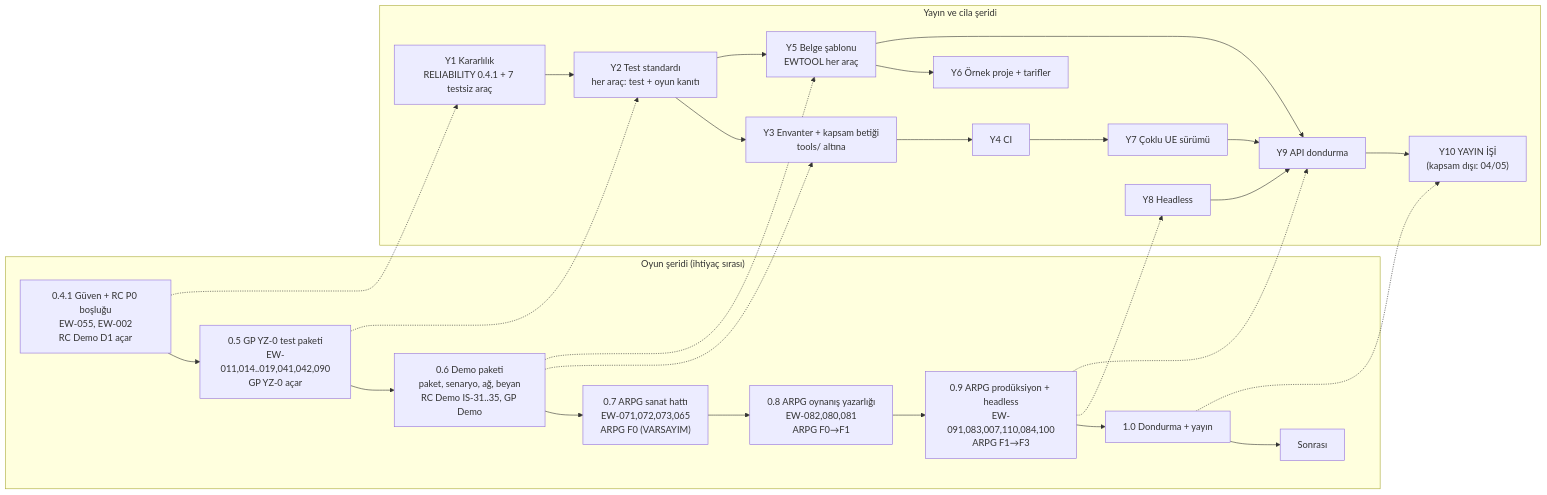
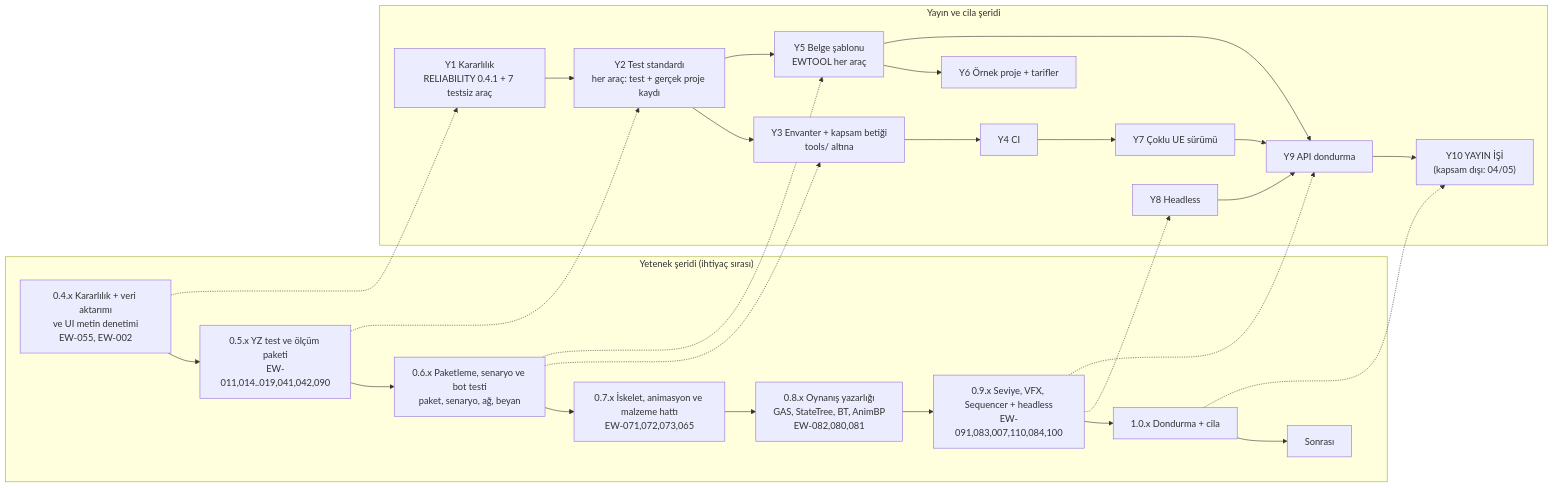
One commit to shanyup/enginewright-unreal-mcp changed the diagram in docs/plan_2026-11/research/tpl_08.md. Above: the diagram before and after it, drawn with Mermaid. The commit also changed other lines of this file and 2 other files, not shown here.

Commit message:
docs(plan_2026-11): 08 yol haritası genel yetenek adlarıyla (seri başlıkları, hedef satırları, şema; kabul genel test projesi + oyun doğrulaması (iç) sütunu; S2-05/S2-06 kapandı notu)

````diff
--- a/docs/plan_2026-11/research/tpl_08.md
+++ b/docs/plan_2026-11/research/tpl_08.md
@@ -17,39 +20,39 @@
 ```mermaid
 flowchart LR
-  subgraph OYUN["Oyun şeridi (ihtiyaç sırası)"]
-    V041["0.4.1 Güven + RC P0 boşluğu<br/>EW-055, EW-002<br/>RC Demo D1 açar"]
-    V05["0.5 GP YZ-0 test paketi<br/>EW-011,014..019,041,042,090<br/>GP YZ-0 açar"]
-    V06["0.6 Demo paketi<br/>paket, senaryo, ağ, beyan<br/>RC Demo IS-31..35, GP Demo"]
-    V07["0.7 ARPG sanat hattı<br/>EW-071,072,073,065<br/>ARPG F0 (VARSAYIM)"]
-    V08["0.8 ARPG oynanış yazarlığı<br/>EW-082,080,081<br/>ARPG F0→F1"]
-    V09["0.9 ARPG prodüksiyon + headless<br/>EW-091,083,007,110,084,100<br/>ARPG F1→F3"]
-    V10["1.0 Dondurma + yayın"]
+  subgraph OYUN["Yetenek şeridi (ihtiyaç sırası)"]
+    V041["0.4.x Kararlılık + veri aktarımı<br/>ve UI metin denetimi<br/>EW-055, EW-002"]
+    V05["0.5.x YZ test ve ölçüm paketi<br/>EW-011,014..019,041,042,090"]
+    V06["0.6.x Paketleme, senaryo ve bot testi<br/>paket, senaryo, ağ, beyan"]
+    V07["0.7.x İskelet, animasyon ve malzeme hattı<br/>EW-071,072,073,065"]
+    V08["0.8.x Oynanış yazarlığı<br/>GAS, StateTree, BT, AnimBP<br/>EW-082,080,081"]
+    V09["0.9.x Seviye, VFX, Sequencer + headless<br/>EW-091,083,007,110,084,100"]
+    V10["1.0.x Dondurma + cila"]
     SON["Sonrası"]
     V041 --> V05 --> V06 --> V07 --> V08 --> V09 --> V10 --> SON
   end
   subgraph CILA["Yayın ve cila şeridi"]
     Y1["Y1 Kararlılık<br/>RELIABILITY 0.4.1 + 7 testsiz araç"]
-    Y2["Y2 Test standardı<br/>her araç: test + oyun kanıtı"]
+    Y2["Y2 Test standardı<br/>her araç: test + gerçek proje kaydı"]
     Y3["Y3 Envanter + kapsam betiği<br/>tools/ altına"]
     Y4["Y4 CI"]
     Y5["Y5 Belge şablonu<br/>EWTOOL her araç"]
     Y6["Y6 Örnek proje + tarifler"]
     Y7["Y7 Çoklu UE sürümü"]
     Y8["Y8 Headless"]
     Y9["Y9 API dondurma"]
     Y10["Y10 YAYIN İŞİ<br/>(kapsam dışı: 04/05)"]
     Y1 --> Y2 --> Y3 --> Y4
     Y2 --> Y5 --> Y6
     Y4 --> Y7
     Y8 --> Y9
     Y5 --> Y9
     Y7 --> Y9 --> Y10
   end
   V041 -.-> Y1
   V05 -.-> Y2
   V06 -.-> Y3
   V06 -.-> Y5
   V09 -.-> Y8
   V09 -.-> Y9
   V10 -.-> Y10
 ```
````
